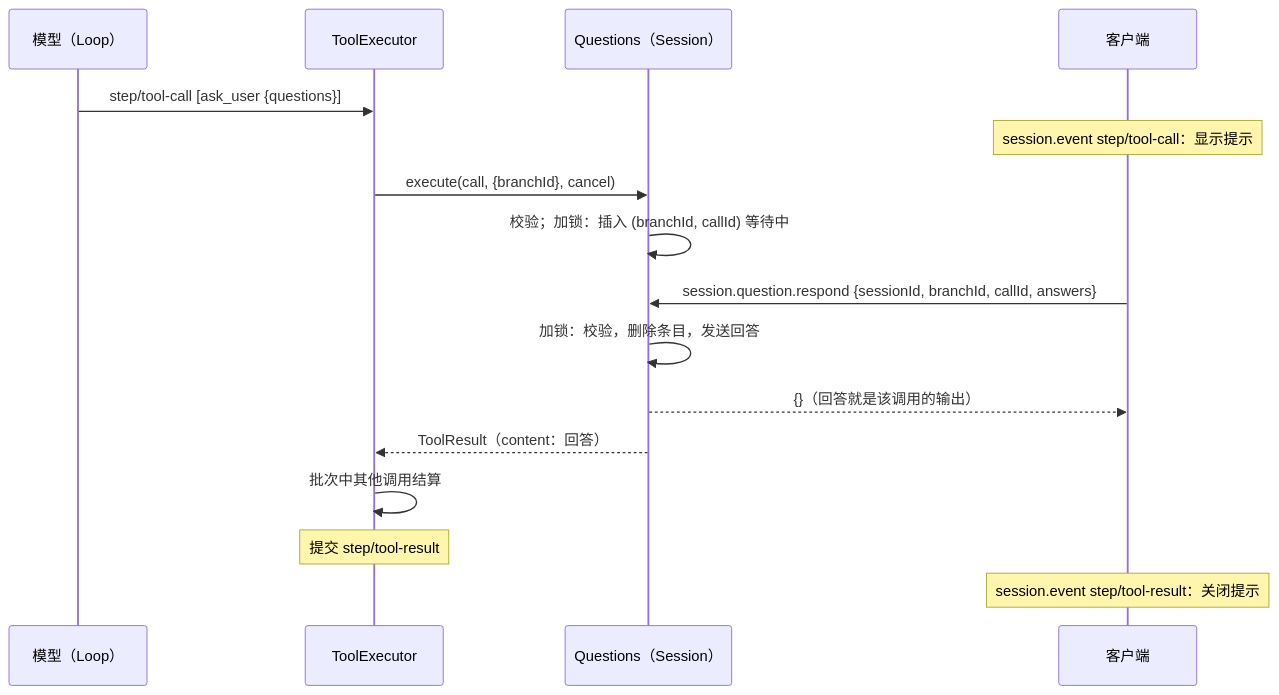
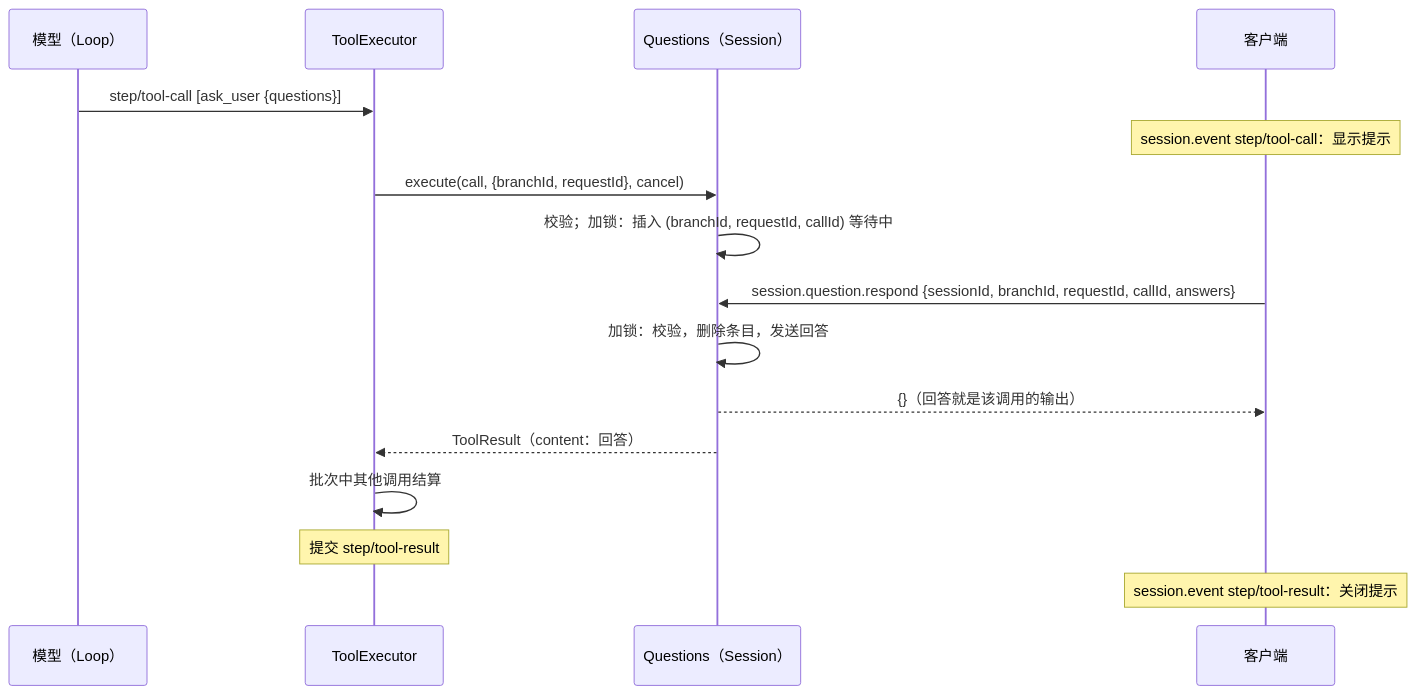
One commit to CoutinhoTTS/dim-agent changed the third of 4 diagrams in docs/zh/design/plugins/Questions.md. Above: the diagram before and after it, drawn with Mermaid. The commit also changed other lines of this file and 5 other files, not shown here.

First line of the commit message:
docs(questions): name a waiting call by its model request id (#144)

````diff
--- a/docs/zh/design/plugins/Questions.md
+++ b/docs/zh/design/plugins/Questions.md
@@ -97,18 +98,18 @@
 ```mermaid
 sequenceDiagram
   participant M as 模型（Loop）
   participant TE as ToolExecutor
   participant Q as Questions（Session）
   participant C as 客户端
   M->>TE: step/tool-call [ask_user {questions}]
   Note over C: session.event step/tool-call：显示提示
-  TE->>Q: execute(call, {branchId}, cancel)
-  Q->>Q: 校验；加锁：插入 (branchId, callId) 等待中
-  C->>Q: session.question.respond {sessionId, branchId, callId, answers}
+  TE->>Q: execute(call, {branchId, requestId}, cancel)
+  Q->>Q: 校验；加锁：插入 (branchId, requestId, callId) 等待中
+  C->>Q: session.question.respond {sessionId, branchId, requestId, callId, answers}
   Q->>Q: 加锁：校验，删除条目，发送回答
   Q-->>C: {}（回答就是该调用的输出）
   Q-->>TE: ToolResult（content：回答）
   TE->>TE: 批次中其他调用结算
   Note over TE: 提交 step/tool-result
   Note over C: session.event step/tool-result：关闭提示
 ```
````
